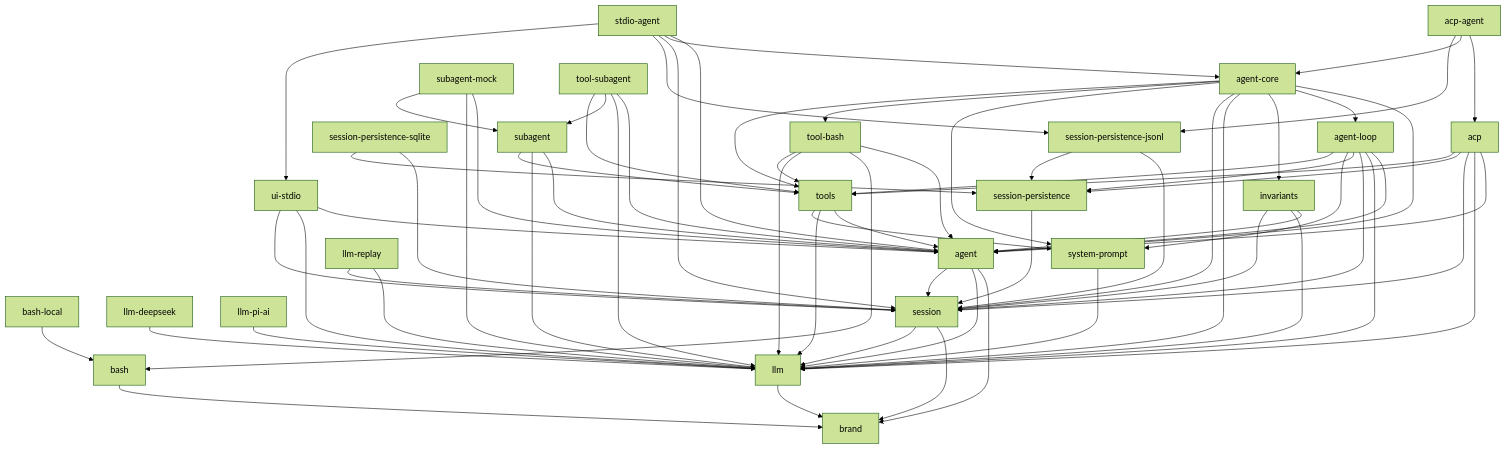
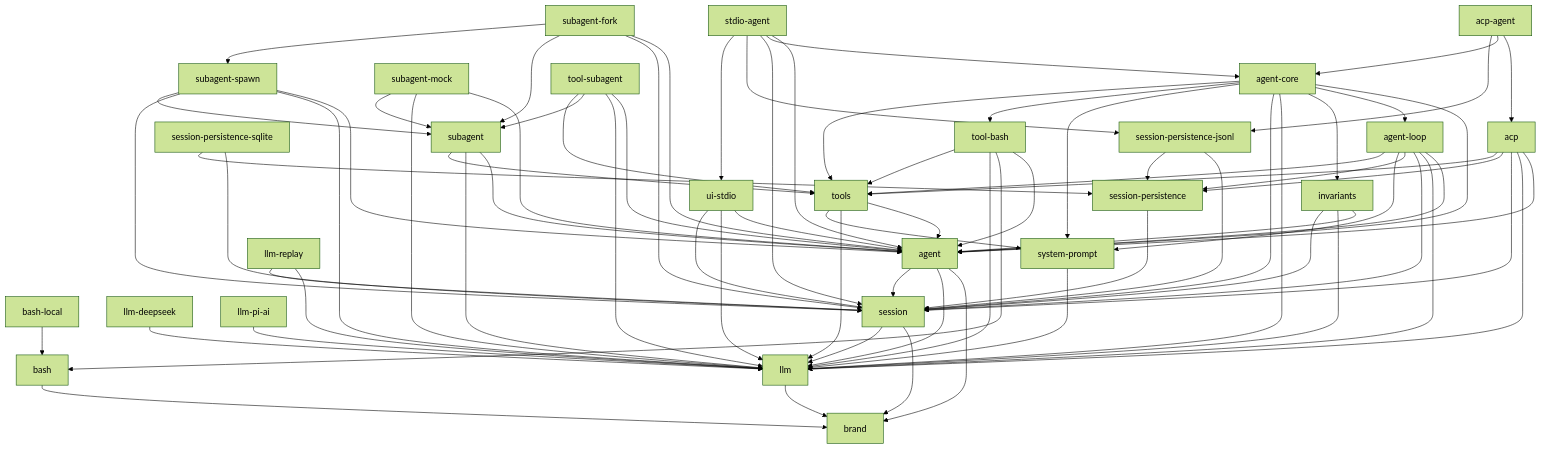
Before and after one commit to 007M7/DeepCode: the diagram in docs/module-graph.md, drawn with Mermaid (forest theme). The commit also changed other lines of this file and 27 other files, not shown here.

````diff
--- a/docs/module-graph.md
+++ b/docs/module-graph.md
@@ -8,71 +8,79 @@
 ```mermaid
 graph TD
   bash --> brand
   llm --> brand
   bash-local --> bash
   llm-deepseek --> llm
   llm-pi-ai --> llm
   session --> brand
   session --> llm
   system-prompt --> llm
   agent --> brand
   agent --> llm
   agent --> session
   llm-replay --> llm
   llm-replay --> session
   session-persistence --> session
   invariants --> agent
   invariants --> llm
   invariants --> session
   session-persistence-jsonl --> session
   session-persistence-jsonl --> session-persistence
   session-persistence-sqlite --> session
   session-persistence-sqlite --> session-persistence
   tools --> agent
   tools --> llm
   tools --> system-prompt
   ui-stdio --> agent
   ui-stdio --> llm
   ui-stdio --> session
   acp --> agent
   acp --> llm
   acp --> session
   acp --> session-persistence
   acp --> tools
   agent-loop --> agent
   agent-loop --> llm
   agent-loop --> session
   agent-loop --> session-persistence
   agent-loop --> system-prompt
   agent-loop --> tools
   subagent --> agent
   subagent --> llm
   subagent --> tools
   tool-bash --> agent
   tool-bash --> bash
   tool-bash --> llm
   tool-bash --> tools
   agent-core --> agent
   agent-core --> agent-loop
   agent-core --> invariants
   agent-core --> llm
   agent-core --> session
   agent-core --> system-prompt
   agent-core --> tool-bash
   agent-core --> tools
   subagent-mock --> agent
   subagent-mock --> llm
   subagent-mock --> subagent
+  subagent-spawn --> agent
+  subagent-spawn --> llm
+  subagent-spawn --> session
+  subagent-spawn --> subagent
   tool-subagent --> agent
   tool-subagent --> llm
   tool-subagent --> subagent
   tool-subagent --> tools
   acp-agent --> acp
   acp-agent --> agent-core
   acp-agent --> session-persistence-jsonl
   stdio-agent --> agent
   stdio-agent --> agent-core
   stdio-agent --> session
   stdio-agent --> session-persistence-jsonl
   stdio-agent --> ui-stdio
+  subagent-fork --> agent
+  subagent-fork --> session
+  subagent-fork --> subagent
+  subagent-fork --> subagent-spawn
 ```
````
